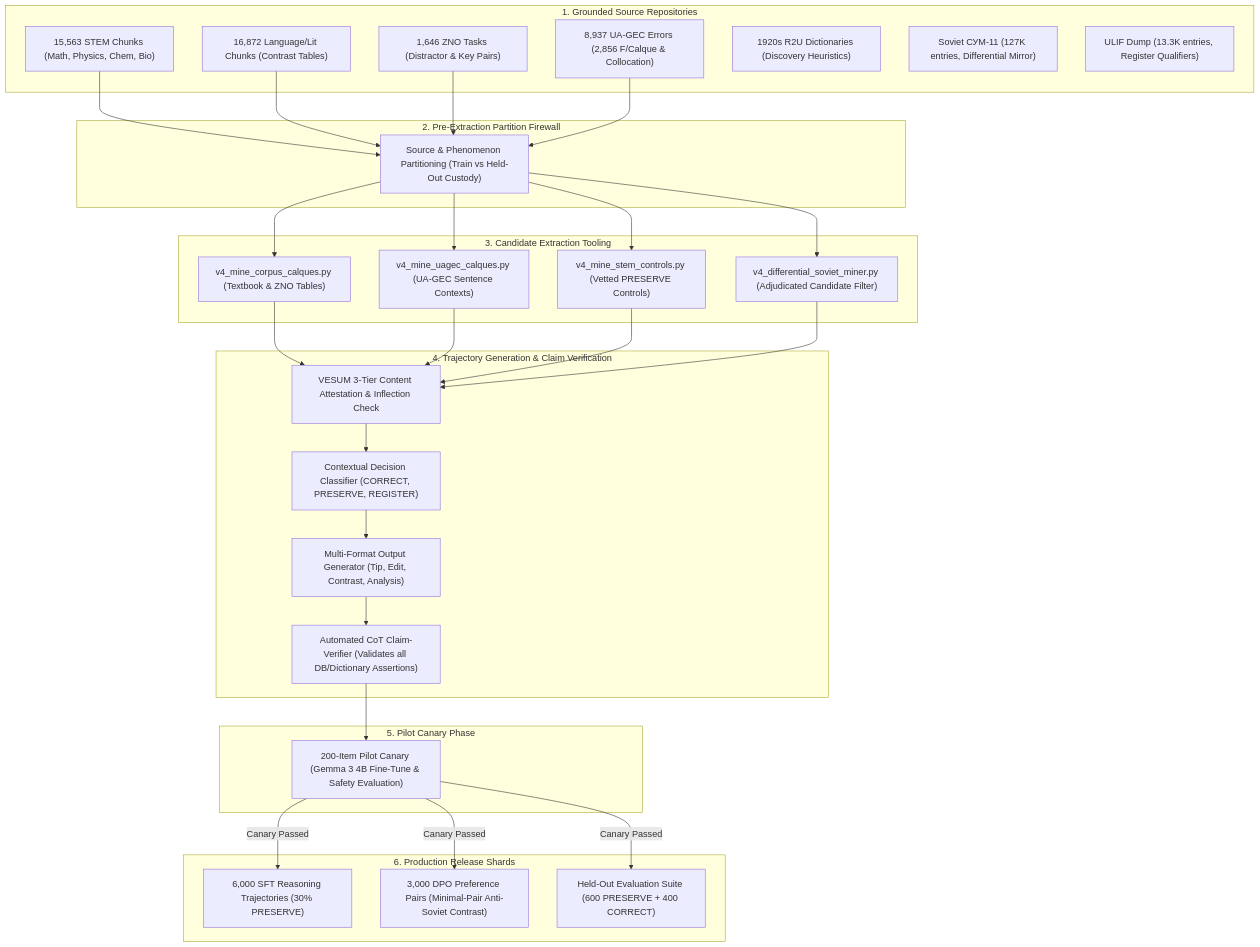
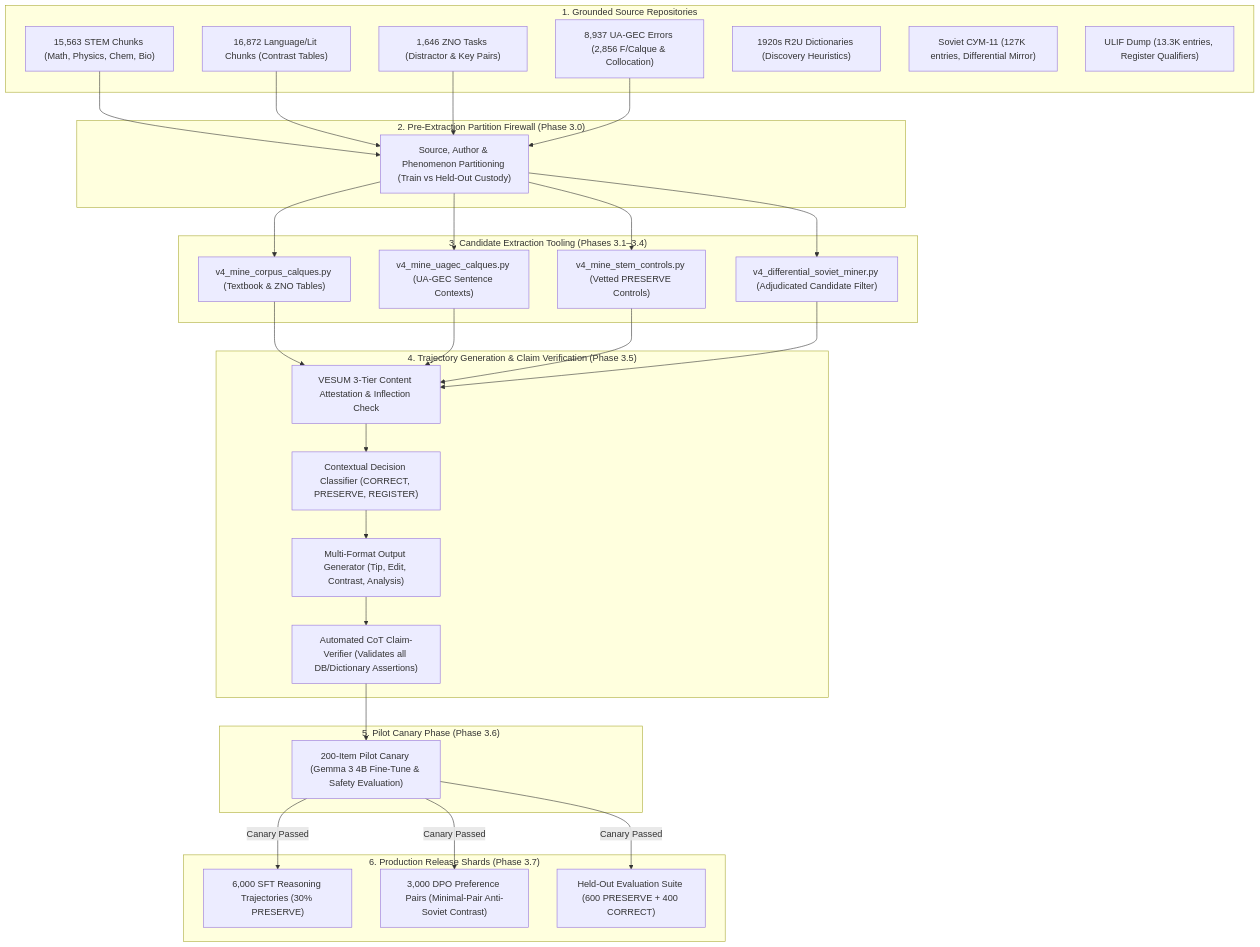
The diagram in docs/projects/open-model-data/CORPUS_GROUNDED_DECOLONIZATION_DATASET_PLAN.md (learn-ukrainian/learn-ukrainian.github.io), drawn with Mermaid before and after one commit. The commit also changed other lines of this file and 1 other file, not shown here.

````diff
--- a/docs/projects/open-model-data/CORPUS_GROUNDED_DECOLONIZATION_DATASET_PLAN.md
+++ b/docs/projects/open-model-data/CORPUS_GROUNDED_DECOLONIZATION_DATASET_PLAN.md
@@ -99,45 +119,45 @@
 ```mermaid
 flowchart TD
     subgraph Sources ["1. Grounded Source Repositories"]
         T1["15,563 STEM Chunks (Math, Physics, Chem, Bio)"]
         T2["16,872 Language/Lit Chunks (Contrast Tables)"]
         Z1["1,646 ZNO Tasks (Distractor & Key Pairs)"]
         G1["8,937 UA-GEC Errors (2,856 F/Calque & Collocation)"]
         R1["1920s R2U Dictionaries (Discovery Heuristics)"]
         S1["Soviet СУМ-11 (127K entries, Differential Mirror)"]
         U1["ULIF Dump (13.3K entries, Register Qualifiers)"]
     end
 
-    subgraph Partitioning ["2. Pre-Extraction Partition Firewall"]
-        PF["Source & Phenomenon Partitioning (Train vs Held-Out Custody)"]
+    subgraph Partitioning ["2. Pre-Extraction Partition Firewall (Phase 3.0)"]
+        PF["Source, Author & Phenomenon Partitioning (Train vs Held-Out Custody)"]
         T1 & T2 & Z1 & G1 --> PF
     end
 
-    subgraph Extraction ["3. Candidate Extraction Tooling"]
+    subgraph Extraction ["3. Candidate Extraction Tooling (Phases 3.1–3.4)"]
         E1["v4_mine_corpus_calques.py (Textbook & ZNO Tables)"]
         E2["v4_mine_uagec_calques.py (UA-GEC Sentence Contexts)"]
         E3["v4_mine_stem_controls.py (Vetted PRESERVE Controls)"]
         E4["v4_differential_soviet_miner.py (Adjudicated Candidate Filter)"]
         PF --> E1 & E2 & E3 & E4
     end
 
-    subgraph Synthesis ["4. Trajectory Generation & Claim Verification"]
+    subgraph Synthesis ["4. Trajectory Generation & Claim Verification (Phase 3.5)"]
         V1["VESUM 3-Tier Content Attestation & Inflection Check"]
         V2["Contextual Decision Classifier (CORRECT, PRESERVE, REGISTER)"]
         V3["Multi-Format Output Generator (Tip, Edit, Contrast, Analysis)"]
         V4["Automated CoT Claim-Verifier (Validates all DB/Dictionary Assertions)"]
         E1 & E2 & E3 & E4 --> V1 --> V2 --> V3 --> V4
     end
 
-    subgraph Canary ["5. Pilot Canary Phase"]
+    subgraph Canary ["5. Pilot Canary Phase (Phase 3.6)"]
         PC["200-Item Pilot Canary (Gemma 3 4B Fine-Tune & Safety Evaluation)"]
         V4 --> PC
     end
 
-    subgraph Deliverables ["6. Production Release Shards"]
+    subgraph Deliverables ["6. Production Release Shards (Phase 3.7)"]
         D1["6,000 SFT Reasoning Trajectories (30% PRESERVE)"]
         D2["3,000 DPO Preference Pairs (Minimal-Pair Anti-Soviet Contrast)"]
         D3["Held-Out Evaluation Suite (600 PRESERVE + 400 CORRECT)"]
         PC -->|Canary Passed| D1 & D2 & D3
     end
 ```
````
